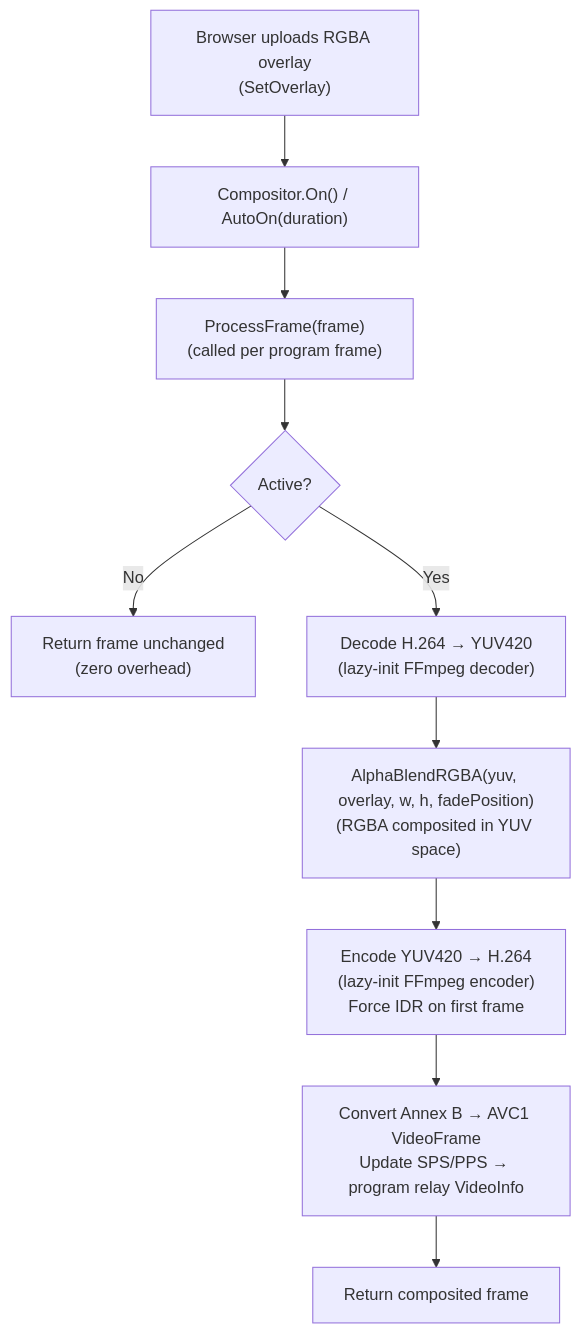
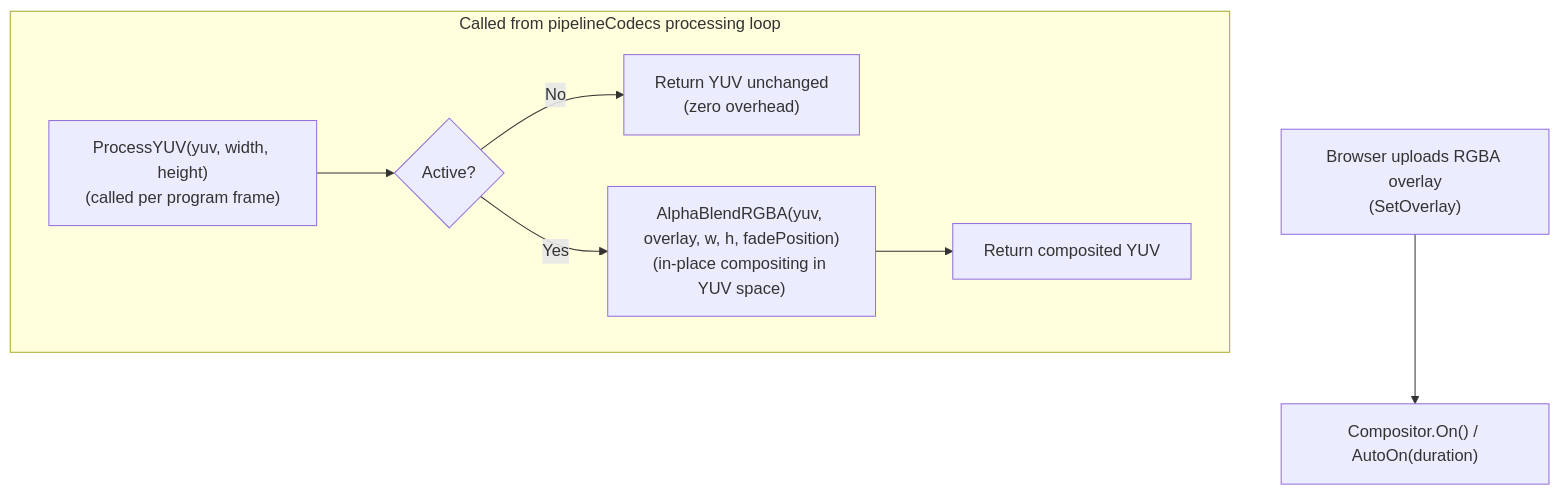
The eighth of 22 diagrams in docs/architecture.md (zsiec/switchframe), drawn with Mermaid before and after one commit. The commit also changed other lines of this file and 3 other files, not shown here.

First line of the commit message:
Docs: add source position, stinger & YUV pipeline

````diff
--- a/docs/architecture.md
+++ b/docs/architecture.md
@@ -368,13 +392,11 @@
 ```mermaid
 flowchart TD
     upload["Browser uploads RGBA overlay<br/>(SetOverlay)"] --> activate["Compositor.On() / AutoOn(duration)"]
-    activate --> pf["ProcessFrame(frame)<br/>(called per program frame)"]
 
-    pf --> check{"Active?"}
-    check -->|No| pass["Return frame unchanged<br/>(zero overhead)"]
-    check -->|Yes| dec["Decode H.264 → YUV420<br/>(lazy-init FFmpeg decoder)"]
-    dec --> blend["AlphaBlendRGBA(yuv, overlay, w, h, fadePosition)<br/>(RGBA composited in YUV space)"]
-    blend --> enc["Encode YUV420 → H.264<br/>(lazy-init FFmpeg encoder)<br/>Force IDR on first frame"]
-    enc --> convert["Convert Annex B → AVC1 VideoFrame<br/>Update SPS/PPS → program relay VideoInfo"]
-    convert --> ret["Return composited frame"]
+    subgraph pipeline["Called from pipelineCodecs processing loop"]
+        yuvin["ProcessYUV(yuv, width, height)<br/>(called per program frame)"] --> check{"Active?"}
+        check -->|No| pass["Return YUV unchanged<br/>(zero overhead)"]
+        check -->|Yes| blend["AlphaBlendRGBA(yuv, overlay, w, h, fadePosition)<br/>(in-place compositing in YUV space)"]
+        blend --> ret["Return composited YUV"]
+    end
 ```
````
